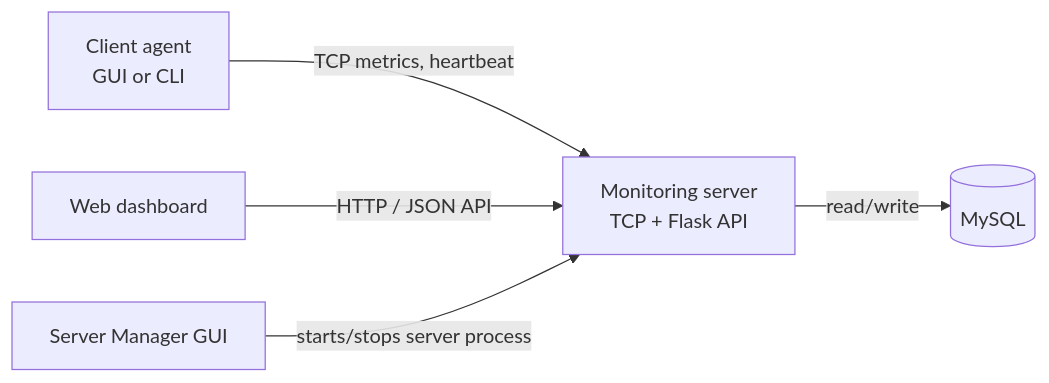
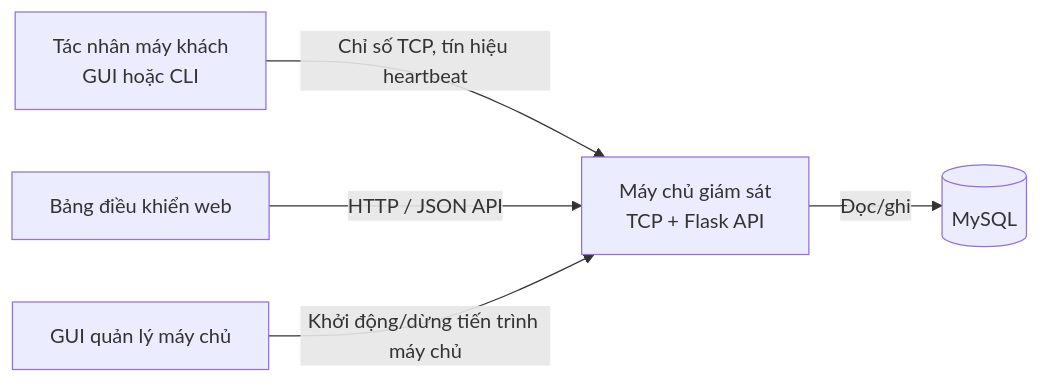
The diagram in README.md (VoVanChung2508/P2Pminiproject), drawn with Mermaid before and after one commit. The commit also changed other lines of this file and 12 other files, not shown here.

Commit message:
VERIFY AND IMPLEMENT REAL-TIME CLIENT PROCESS MONITORING bug

````diff
--- a/README.md
+++ b/README.md
@@ -13,7 +13,7 @@
 ```mermaid
 flowchart LR
-    C[Client agent<br/>GUI or CLI] -->|TCP metrics, heartbeat| S[Monitoring server<br/>TCP + Flask API]
-    S -->|read/write| DB[(MySQL)]
-    B[Web dashboard] -->|HTTP / JSON API| S
-    G[Server Manager GUI] -->|starts/stops server process| S
+    C[Tác nhân máy khách<br/>GUI hoặc CLI] -->|Chỉ số TCP, tín hiệu heartbeat| S[Máy chủ giám sát<br/>TCP + Flask API]
+    S -->|Đọc/ghi| DB[(MySQL)]
+    B[Bảng điều khiển web] -->|HTTP / JSON API| S
+    G[GUI quản lý máy chủ] -->|Khởi động/dừng tiến trình máy chủ| S
 ```
````
